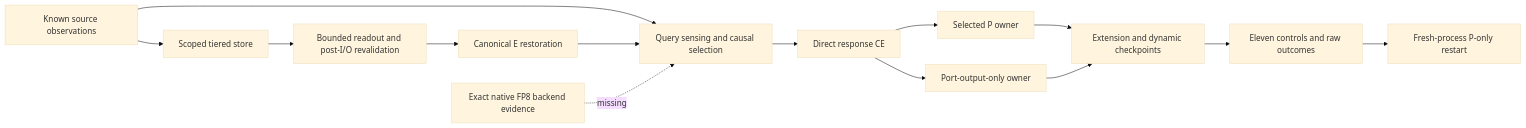
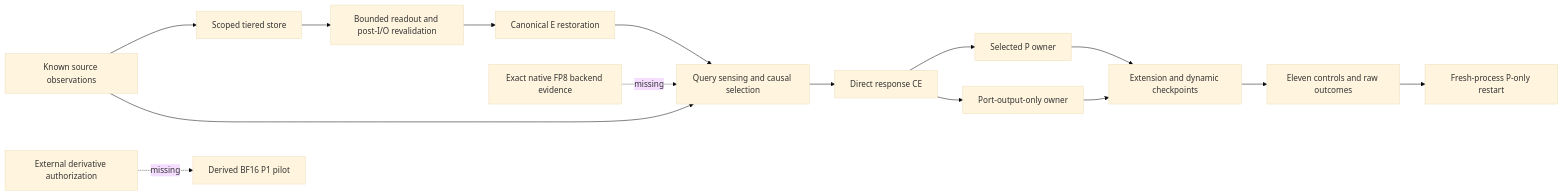
One commit to BaiTian6641/replica_r3_starter changed the diagram in docs/architecture/28_Spark_Persistent_Learner_and_Tiered_Memory.md. Above: the diagram before and after it, drawn with Mermaid (base theme). The commit also changed other lines of this file and 4 other files, not shown here.

Commit message:
docs: reconcile persistent learner architecture queue

````diff
--- a/docs/architecture/28_Spark_Persistent_Learner_and_Tiered_Memory.md
+++ b/docs/architecture/28_Spark_Persistent_Learner_and_Tiered_Memory.md
@@ -399,16 +408,17 @@
 ```mermaid
 flowchart LR
   A[Known source observations] --> B[Scoped tiered store]
   A --> C[Query sensing and causal selection]
   B --> R[Bounded readout and post-I/O revalidation]
   R --> K[Canonical E restoration]
   K --> C
   C --> D[Direct response CE]
   D --> E[Selected P owner]
   D --> F[Port-output-only owner]
   E --> G[Extension and dynamic checkpoints]
   F --> G
   G --> H[Eleven controls and raw outcomes]
   H --> I[Fresh-process P-only restart]
   J[Exact native FP8 backend evidence] -. missing .-> C
+  L[External derivative authorization] -. missing .-> M[Derived BF16 P1 pilot]
 ```
````
